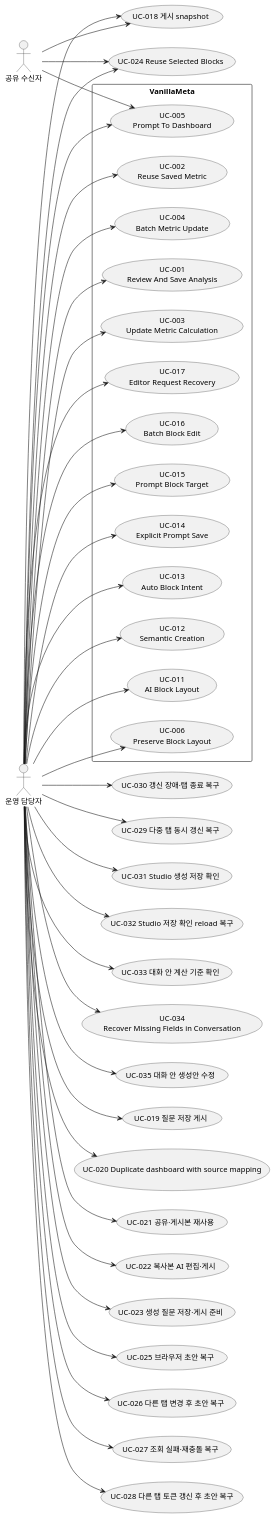
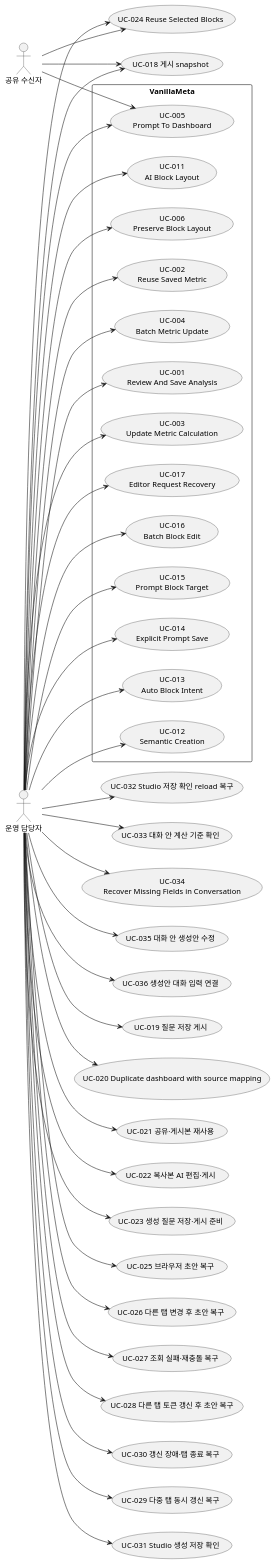
The diagram in docs/use_cases.puml (vanillabrain/vanillameta), drawn with PlantUML before and after one commit. The commit also changed 16 other files, not shown here.

```diff
--- a/docs/use_cases.puml
+++ b/docs/use_cases.puml
@@ -1,72 +1,74 @@
 @startuml
 left to right direction
 actor "운영 담당자" as operator
 rectangle "VanillaMeta" {
  usecase "UC-017\nEditor Request Recovery" as UC017
  usecase "UC-016\nBatch Block Edit" as UC016
  usecase "UC-015\nPrompt Block Target" as UC015
  usecase "UC-014\nExplicit Prompt Save" as UC014
  usecase "UC-013\nAuto Block Intent" as UC013
  usecase "UC-012\nSemantic Creation" as UC012
  usecase "UC-011\nAI Block Layout" as UC011
  usecase "UC-006\nPreserve Block Layout" as UC006
  usecase "UC-005\nPrompt To Dashboard" as UC005
  usecase "UC-004\nBatch Metric Update" as UC004
  usecase "UC-001\nReview And Save Analysis" as UC001
  usecase "UC-003\nUpdate Metric Calculation" as UC003
  usecase "UC-002\nReuse Saved Metric" as UC002
 }
 operator --> UC015
 operator --> UC014
 operator --> UC013
 operator --> UC012
 operator --> UC011
 operator --> UC006
 operator --> UC005
 actor "공유 수신자" as recipient
 recipient --> UC005
 operator --> UC004
 operator --> UC003
 operator --> UC002
 operator --> UC001
 operator --> UC016
 operator --> UC017
 usecase "UC-018 게시 snapshot" as UC018
 operator --> UC018
 recipient --> UC018
 usecase "UC-019 질문 저장 게시" as UC019
 operator --> UC019
 usecase "UC-020 Duplicate dashboard with source mapping" as UC020
 operator --> UC020
 usecase "UC-021 공유·게시본 재사용" as UC021
 operator --> UC021
 usecase "UC-022 복사본 AI 편집·게시" as UC022
 operator --> UC022
 usecase "UC-023 생성 질문 저장·게시 준비" as UC023
 operator --> UC023
 usecase "UC-024 Reuse Selected Blocks" as UC024
 operator --> UC024
 recipient --> UC024
 usecase "UC-025 브라우저 초안 복구" as UC025
 operator --> UC025
 usecase "UC-026 다른 탭 변경 후 초안 복구" as UC026
 operator --> UC026
 usecase "UC-027 조회 실패·재충돌 복구" as UC027
 operator --> UC027
 usecase "UC-028 다른 탭 토큰 갱신 후 초안 복구" as UC028
 operator --> UC028
 usecase "UC-030 갱신 장애·탭 종료 복구" as UC030
 usecase "UC-029 다중 탭 동시 갱신 복구" as UC029
 operator --> UC029
 operator --> UC030
 usecase "UC-031 Studio 생성 저장 확인" as UC031
 operator --> UC031
 usecase "UC-032 Studio 저장 확인 reload 복구" as UC032
 operator --> UC032
 usecase "UC-033 대화 안 계산 기준 확인" as UC033
   usecase "UC-034\nRecover Missing Fields in Conversation" as UC034
 usecase "UC-035 대화 안 생성안 수정" as UC035
+usecase "UC-036 생성안 대화 입력 연결" as UC036
 operator --> UC033
 operator --> UC034
 operator --> UC035
+operator --> UC036
 @enduml
```
